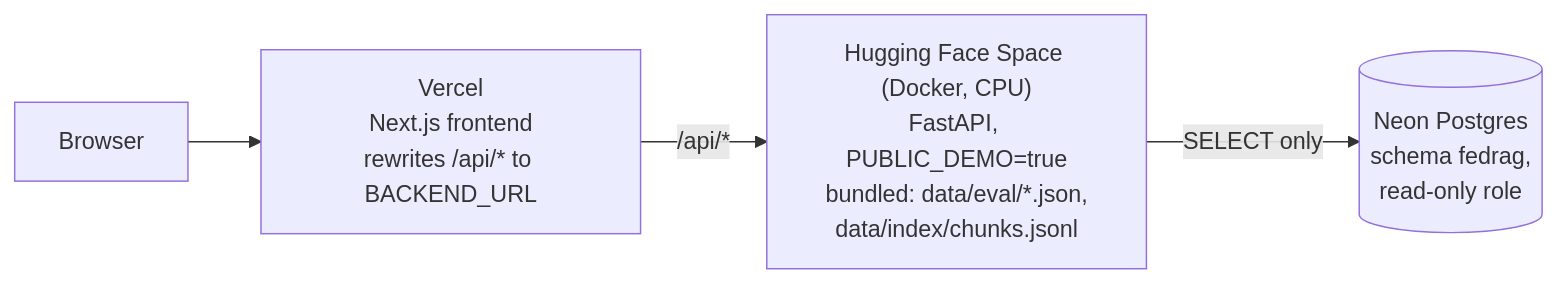
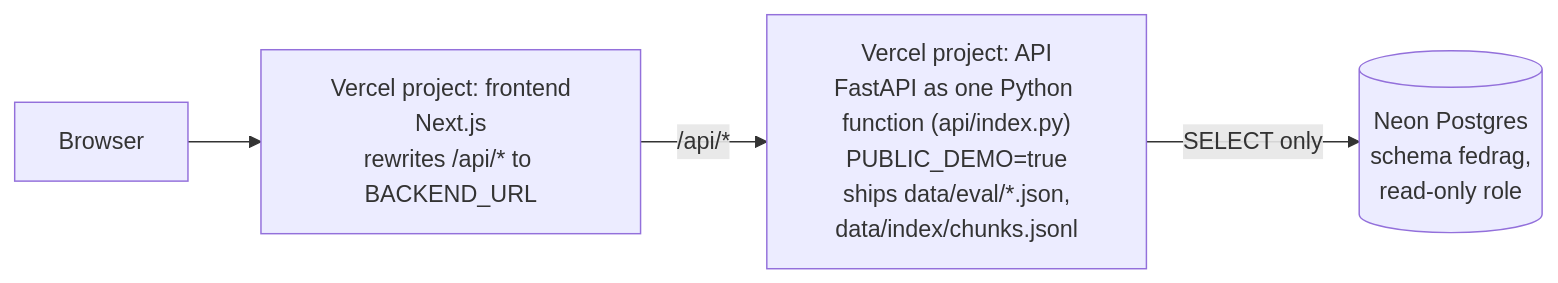
The second of 2 diagrams in docs/technical-report.md (hoedongkim/fedrag), drawn with Mermaid before and after one commit. The commit also changed other lines of this file and 34 other files, not shown here.

First line of the commit message:
feat(deploy): host the demo API as a Vercel Python function

````diff
--- a/docs/technical-report.md
+++ b/docs/technical-report.md
@@ -784,8 +785,8 @@
 ```mermaid
 flowchart LR
     browser["Browser"]
-    vercel["Vercel<br/>Next.js frontend<br/>rewrites /api/* to BACKEND_URL"]
-    space["Hugging Face Space (Docker, CPU)<br/>FastAPI, PUBLIC_DEMO=true<br/>bundled: data/eval/*.json,<br/>data/index/chunks.jsonl"]
+    vercel["Vercel project: frontend<br/>Next.js<br/>rewrites /api/* to BACKEND_URL"]
+    api["Vercel project: API<br/>FastAPI as one Python function (api/index.py)<br/>PUBLIC_DEMO=true<br/>ships data/eval/*.json,<br/>data/index/chunks.jsonl"]
     neon[("Neon Postgres<br/>schema fedrag,<br/>read-only role")]
-    browser --> vercel -->|"/api/*"| space -->|"SELECT only"| neon
+    browser --> vercel -->|"/api/*"| api -->|"SELECT only"| neon
 ```
````
